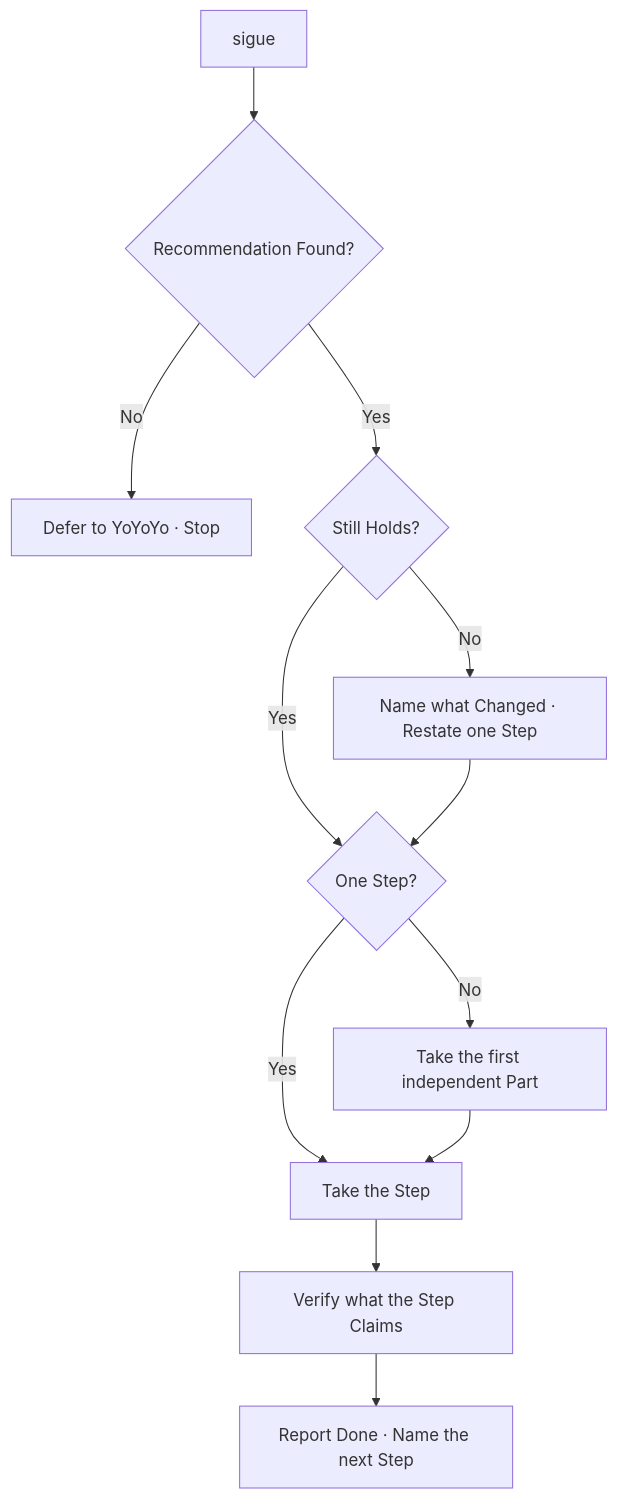
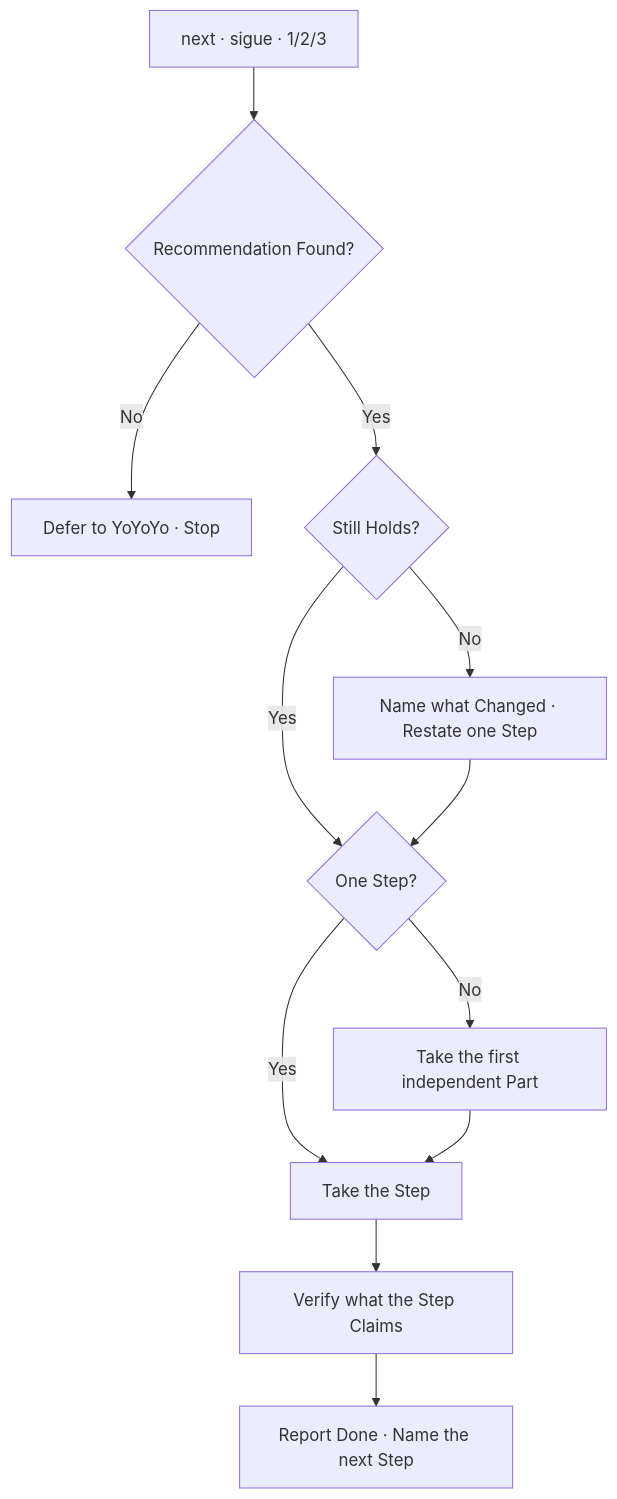
Before and after one commit to cangrejometralleta/OneTwoThree: the diagram in .agents/skills/next-next-next/SKILL.md, drawn with Mermaid. The commit also changed other lines of this file and 2 other files, not shown here.

````diff
--- a/.agents/skills/next-next-next/SKILL.md
+++ b/.agents/skills/next-next-next/SKILL.md
@@ -17,14 +17,14 @@
 ```mermaid
 flowchart TD
-    START["sigue"] --> FIND{"Recommendation Found?"}
+    START["next · sigue · 1/2/3"] --> FIND{"Recommendation Found?"}
     FIND -- No --> OPEN["Defer to YoYoYo · Stop"]
     FIND -- Yes --> HOLDS{"Still Holds?"}
     HOLDS -- No --> RENAME["Name what Changed · Restate one Step"]
     HOLDS -- Yes --> SIZE{"One Step?"}
     RENAME --> SIZE
     SIZE -- No --> SPLIT["Take the first independent Part"]
     SIZE -- Yes --> DO["Take the Step"]
     SPLIT --> DO
     DO --> VERIFY["Verify what the Step Claims"]
     VERIFY --> REPORT["Report Done · Name the next Step"]
 ```
````
